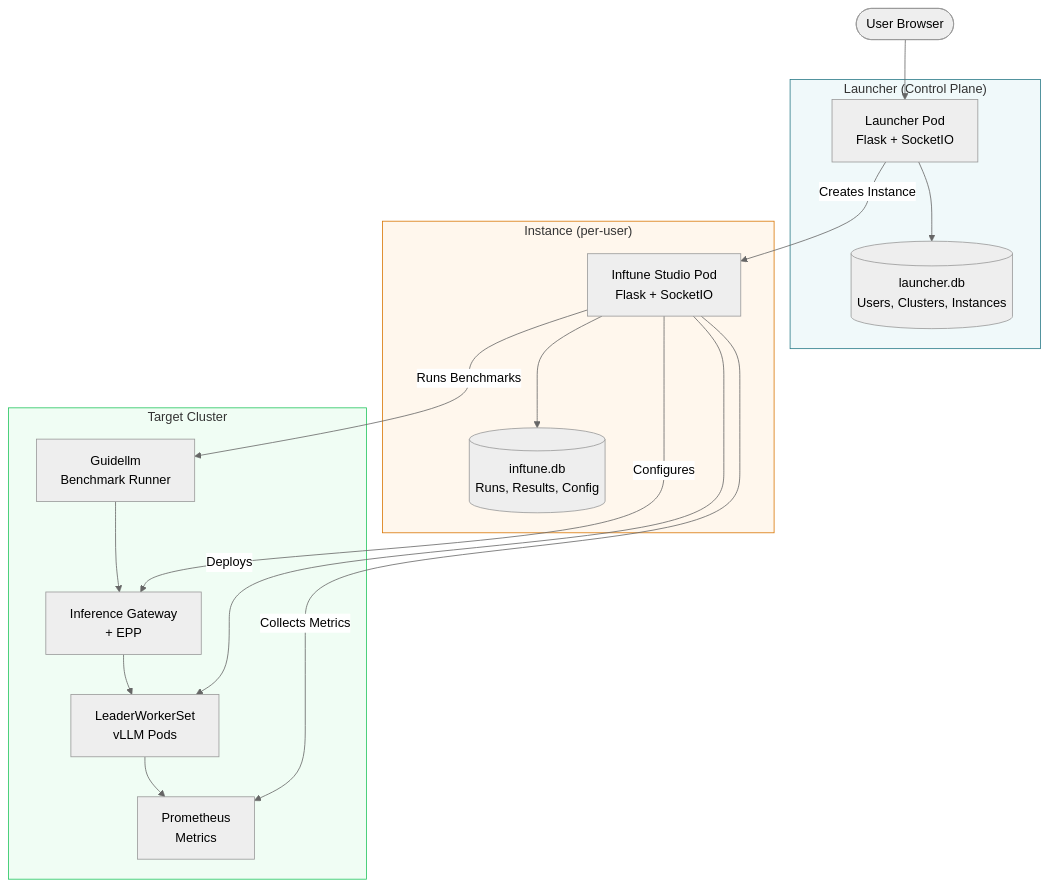
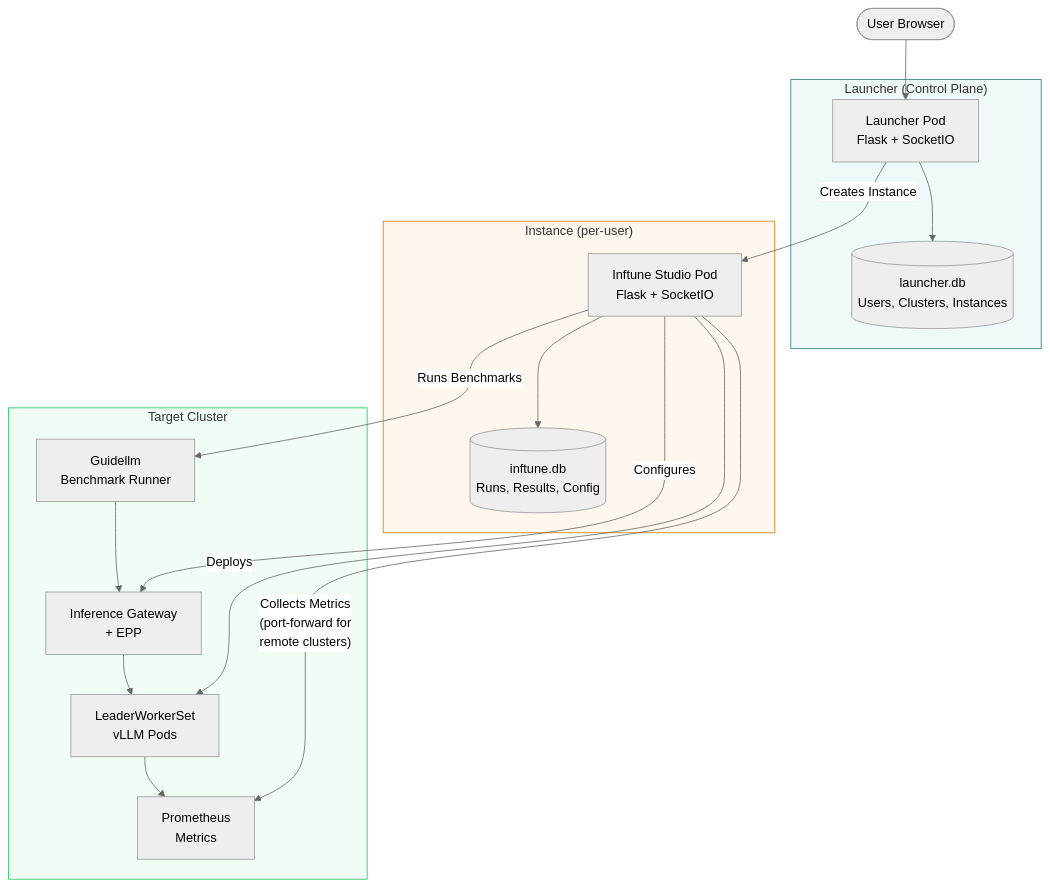
One commit to openshift-psap/serveit-studio changed the first of 13 diagrams in docs/diagrams.md. Above: the diagram before and after it, drawn with Mermaid (neutral theme). The commit also changed other lines of this file, not shown here.

First line of the commit message:
Update diagrams.md with recent changes

````diff
--- a/docs/diagrams.md
+++ b/docs/diagrams.md
@@ -9,35 +9,35 @@
 ```mermaid
 graph TB
     subgraph Launcher["Launcher (Control Plane)"]
         LP[Launcher Pod<br>Flask + SocketIO]
         LDB[(launcher.db<br>Users, Clusters, Instances)]
         LP --> LDB
     end
 
     subgraph Instance["Instance (per-user)"]
         IP[Inftune Studio Pod<br>Flask + SocketIO]
         IDB[(inftune.db<br>Runs, Results, Config)]
         IP --> IDB
     end
 
     subgraph K8s["Target Cluster"]
         LWS[LeaderWorkerSet<br>vLLM Pods]
         GW[Inference Gateway<br>+ EPP]
         GL[Guidellm<br>Benchmark Runner]
         PM[Prometheus<br>Metrics]
         LWS --> PM
         GW --> LWS
         GL --> GW
     end
 
     User([User Browser]) --> LP
     LP -->|Creates Instance| IP
     IP -->|Deploys| LWS
     IP -->|Configures| GW
     IP -->|Runs Benchmarks| GL
-    IP -->|Collects Metrics| PM
+    IP -->|"Collects Metrics<br>(port-forward for<br>remote clusters)"| PM
 
     style Launcher fill:#f0f9fa,stroke:#2A7B88
     style Instance fill:#fff7ed,stroke:#d97706
     style K8s fill:#f0fdf4,stroke:#22c55e
 ```
````
